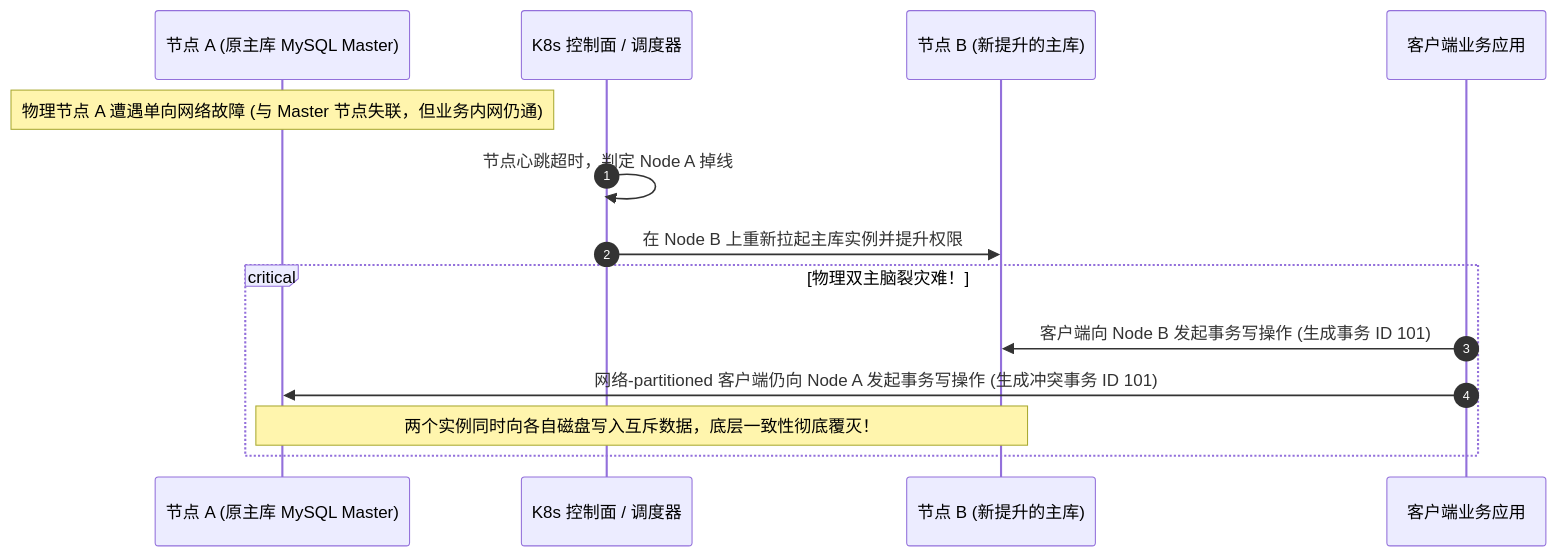
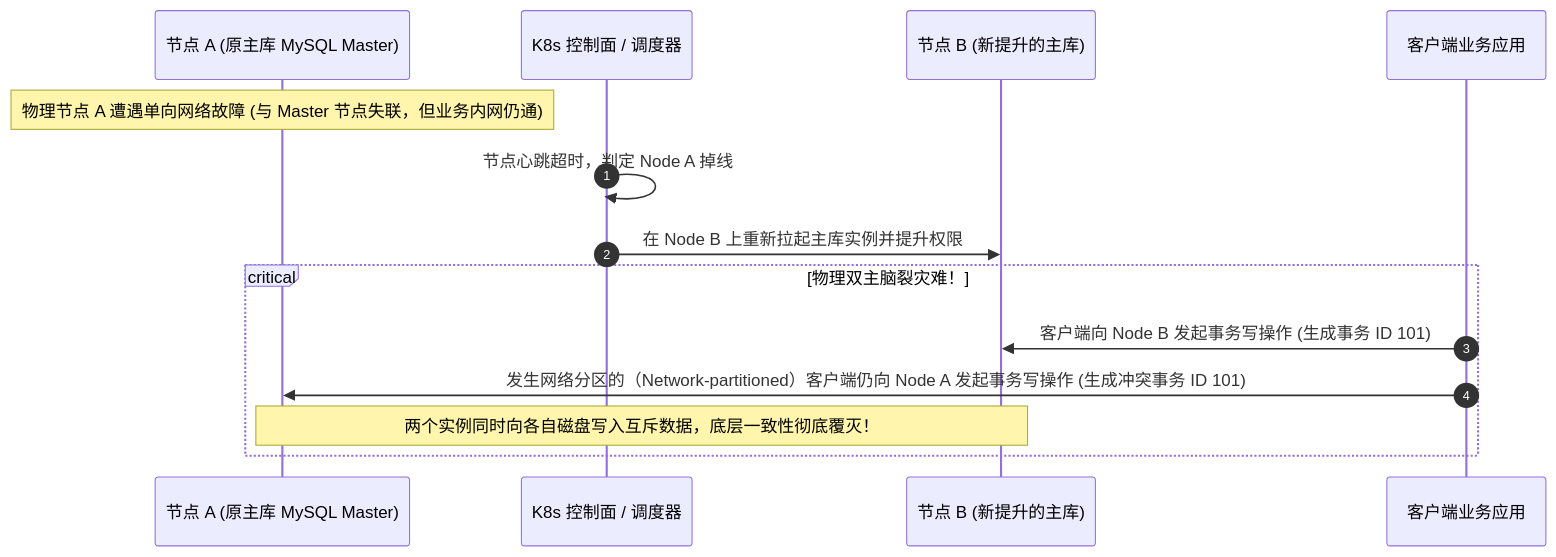
The second of 2 diagrams in content/zh/articles/k8s-database-storage-local-nvme-tuning-fencing.md (ifnodoraemon/ifnodoraemon.github.io), drawn with Mermaid before and after one commit. The commit also changed other lines of this file and 171 other files, not shown here.

````diff
--- a/content/zh/articles/k8s-database-storage-local-nvme-tuning-fencing.md
+++ b/content/zh/articles/k8s-database-storage-local-nvme-tuning-fencing.md
@@ -170,18 +173,18 @@
 ```mermaid
 sequenceDiagram
     autonumber
     participant NodeA as 节点 A (原主库 MySQL Master)
     participant K8sCtrl as K8s 控制面 / 调度器
     participant NodeB as 节点 B (新提升的主库)
     participant Client as 客户端业务应用
 
     Note over NodeA: 物理节点 A 遭遇单向网络故障 (与 Master 节点失联，但业务内网仍通)
     K8sCtrl->>K8sCtrl: 节点心跳超时，判定 Node A 掉线
     K8sCtrl->>NodeB: 在 Node B 上重新拉起主库实例并提升权限
     
     Critical 物理双主脑裂灾难！
         Client->>NodeB: 客户端向 Node B 发起事务写操作 (生成事务 ID 101)
-        Client->>NodeA: 网络-partitioned 客户端仍向 Node A 发起事务写操作 (生成冲突事务 ID 101)
+        Client->>NodeA: 发生网络分区的（Network-partitioned）客户端仍向 Node A 发起事务写操作 (生成冲突事务 ID 101)
         Note over NodeA,NodeB: 两个实例同时向各自磁盘写入互斥数据，底层一致性彻底覆灭！
     end
 ```
````
